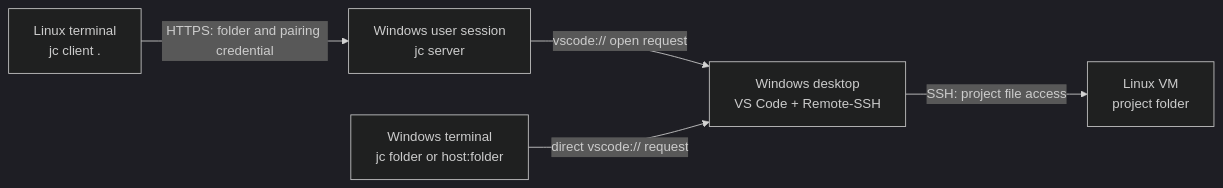
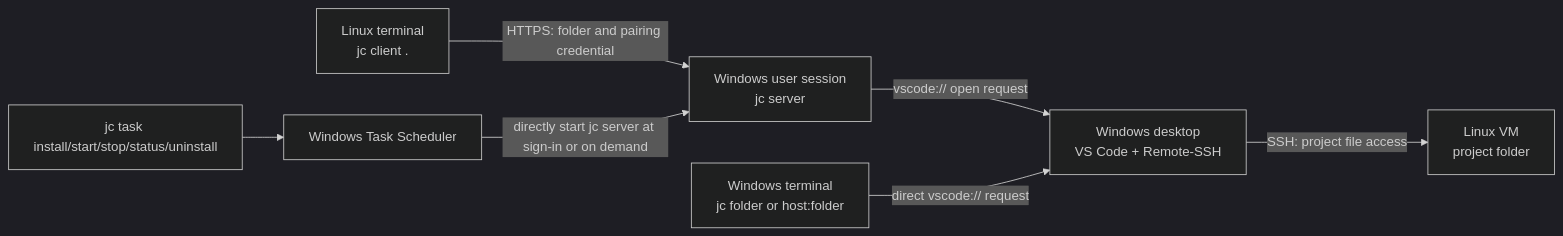
One commit to pi12138/jumpcode changed the diagram in docs/architecture.en.md. Above: the diagram before and after it, drawn with Mermaid (dark theme). The commit also changed other lines of this file and 29 other files, not shown here.

````diff
--- a/docs/architecture.en.md
+++ b/docs/architecture.en.md
@@ -5,7 +5,9 @@
 ```mermaid
 flowchart LR
     Client["Linux terminal<br/>jc client ."] -->|"HTTPS: folder and pairing credential"| Server["Windows user session<br/>jc server"]
     Server -->|"vscode:// open request"| VSCode["Windows desktop<br/>VS Code + Remote-SSH"]
     VSCode -->|"SSH: project file access"| VM["Linux VM<br/>project folder"]
     WindowsCLI["Windows terminal<br/>jc folder or host:folder"] -->|"direct vscode:// request"| VSCode
+    TaskCLI["jc task install/start/stop/status/uninstall"] --> Scheduler["Windows Task Scheduler"]
+    Scheduler -->|"directly start jc server at sign-in or on demand"| Server
 ```
````
